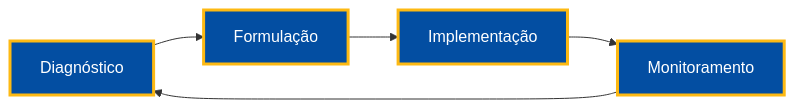
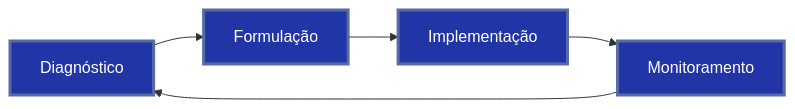
The first of 2 diagrams in aulas/ciencia_pi/SLIDES_QUARTO/Tema 08 - Gestao Estrategica PI PME/tema08_apresentacao/tema08_apresentacao.qmd (ldvsantos/cv), drawn with Mermaid before and after one commit. The commit also changed other lines of this file and 466 other files, not shown here.

````diff
--- a/aulas/ciencia_pi/SLIDES_QUARTO/Tema 08 - Gestao Estrategica PI PME/tema08_apresentacao/tema08_apresentacao.qmd
+++ b/aulas/ciencia_pi/SLIDES_QUARTO/Tema 08 - Gestao Estrategica PI PME/tema08_apresentacao/tema08_apresentacao.qmd
@@ -155,14 +154,14 @@
 ```{mermaid}
 %%| fig-width: 10
 %%| fig-height: 6
 graph LR
     A[Diagnóstico] --> B[Formulação]
     B --> C[Implementação]
     C --> D[Monitoramento]
     D --> A
     
-    style A fill:#034EA2,stroke:#FDB913,stroke-width:3px,color:#fff
-    style B fill:#034EA2,stroke:#FDB913,stroke-width:3px,color:#fff
-    style C fill:#034EA2,stroke:#FDB913,stroke-width:3px,color:#fff
-    style D fill:#034EA2,stroke:#FDB913,stroke-width:3px,color:#fff
+    style A fill:#2135A6,stroke:#586BA6,stroke-width:3px,color:#fff
+    style B fill:#2135A6,stroke:#586BA6,stroke-width:3px,color:#fff
+    style C fill:#2135A6,stroke:#586BA6,stroke-width:3px,color:#fff
+    style D fill:#2135A6,stroke:#586BA6,stroke-width:3px,color:#fff
 ```
````
